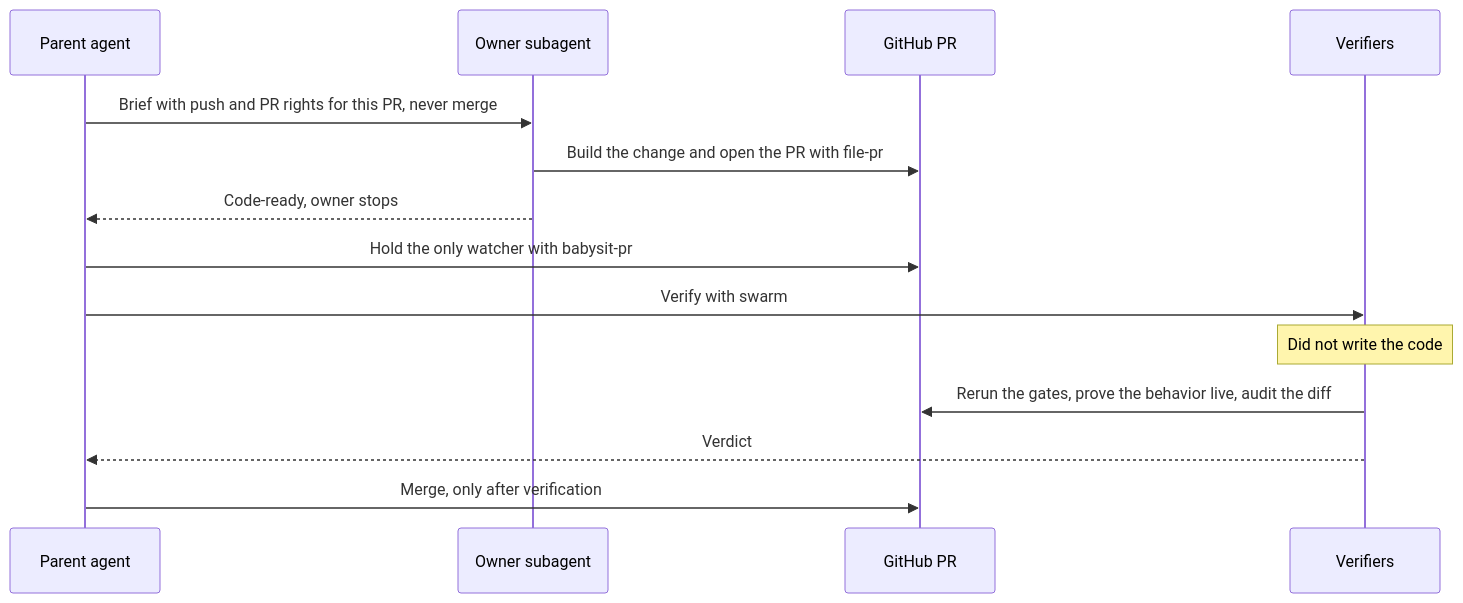
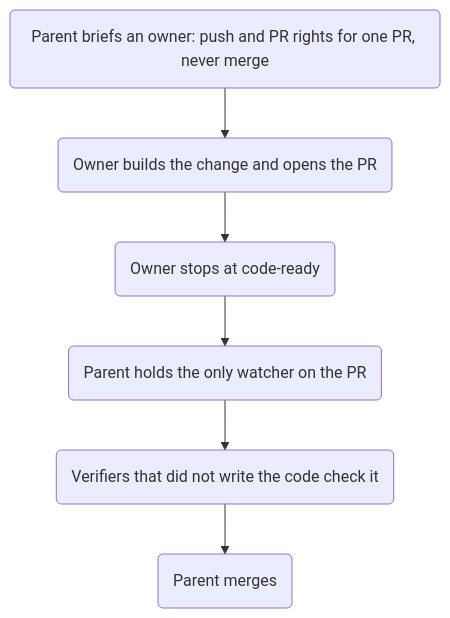
One commit to JoshuaHayesWasHere/jstack changed the diagram in wiki/How-jstack-keeps-agents-safe.md. Above: the diagram before and after it, drawn with Mermaid. The commit also changed other lines of this file and 7 other files, not shown here.

Commit message:
Wiki diagrams explain only the skills, never cross a line, and fit GitHub's viewer in light and dark mode

````diff
--- a/wiki/How-jstack-keeps-agents-safe.md
+++ b/wiki/How-jstack-keeps-agents-safe.md
@@ -17,16 +17,9 @@
 ```mermaid
-sequenceDiagram
-    participant P as Parent agent
-    participant O as Owner subagent
-    participant G as GitHub PR
-    participant V as Verifiers
-    P->>O: Brief with push and PR rights for this PR, never merge
-    O->>G: Build the change and open the PR with file-pr
-    O-->>P: Code-ready, owner stops
-    P->>G: Hold the only watcher with babysit-pr
-    P->>V: Verify with swarm
-    Note over V: Did not write the code
-    V->>G: Rerun the gates, prove the behavior live, audit the diff
-    V-->>P: Verdict
-    P->>G: Merge, only after verification
+%%{init: {"flowchart": {"wrappingWidth": 400}}}%%
+flowchart TD
+    brief("Parent briefs an owner: push and PR rights for one PR, never merge") --> build("Owner builds the change and opens the PR")
+    build --> ready("Owner stops at code-ready")
+    ready --> watch("Parent holds the only watcher on the PR")
+    watch --> verify("Verifiers that did not write the code check it")
+    verify --> merge("Parent merges")
 ```
````
